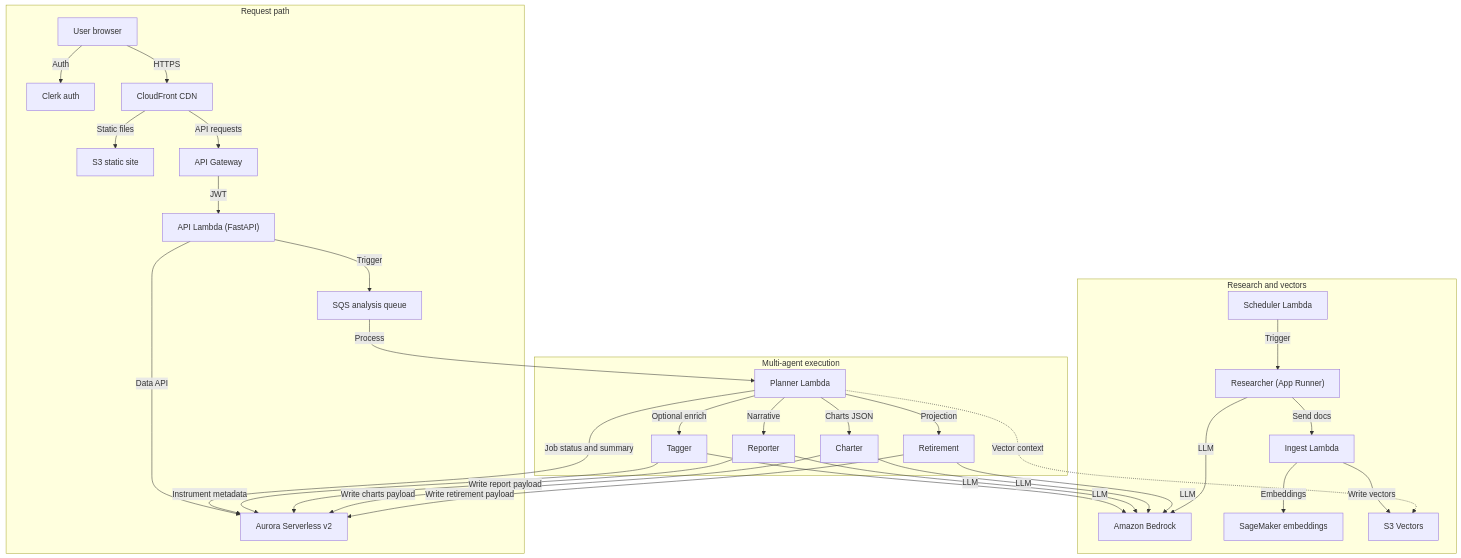
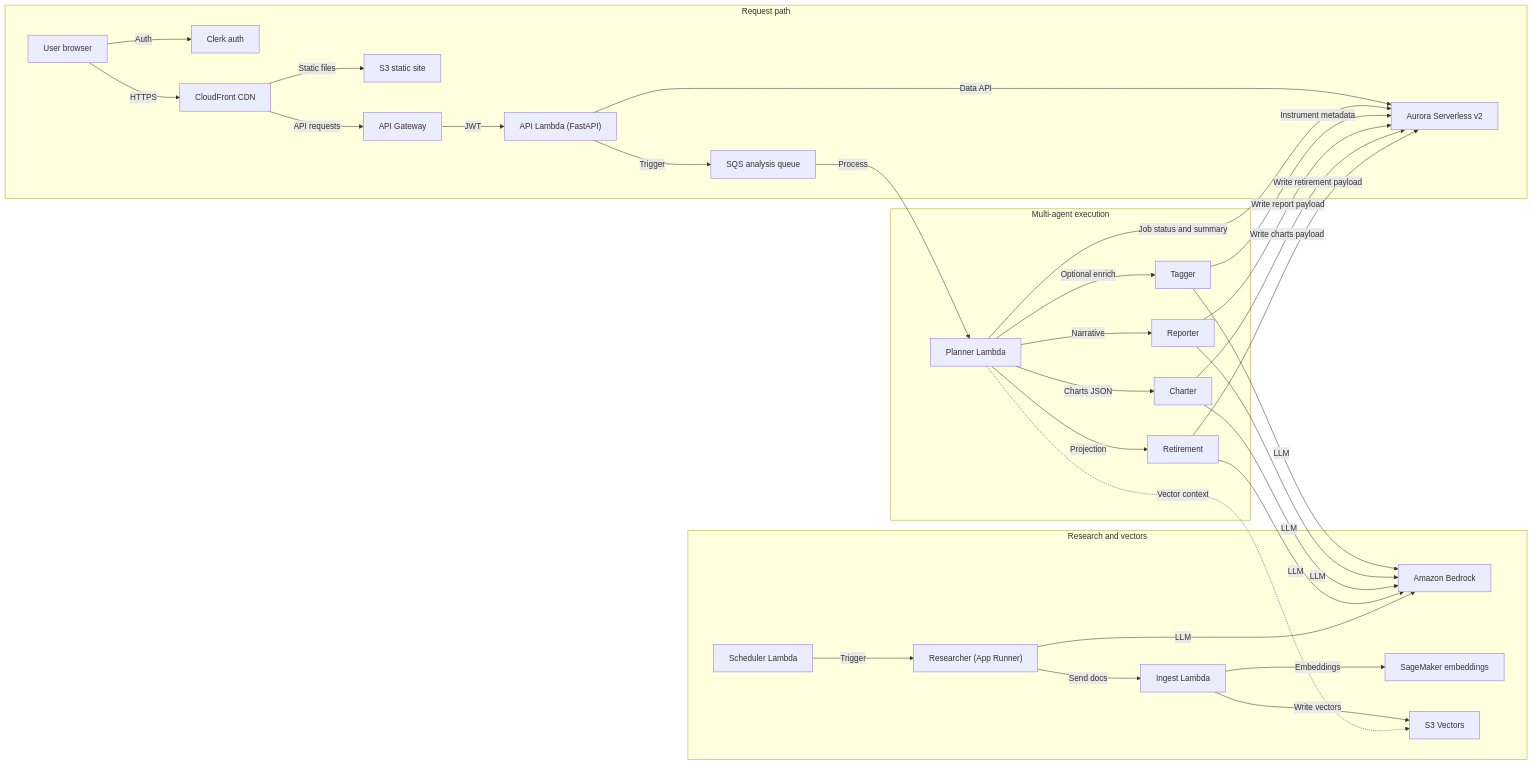
One commit to aditya-caltechie/ai_financial_planner changed the first of 4 diagrams in README.md. Above: the diagram before and after it, drawn with Mermaid.

Commit message:
Add log md

````diff
--- a/README.md
+++ b/README.md
@@ -29,64 +29,65 @@
 ```mermaid
-flowchart TB
+%%{init: {"flowchart": {"nodeSpacing": 60, "rankSpacing": 90}}}%%
+flowchart LR
   subgraph ingest_path["Request path"]
     U["User browser"]
     CLERK["Clerk auth"]
     CF["CloudFront CDN"]
     S3["S3 static site"]
     GW["API Gateway"]
     API["API Lambda (FastAPI)"]
     Q["SQS analysis queue"]
 
     U -->|HTTPS| CF
     U -->|Auth| CLERK
     CF -->|Static files| S3
     CF -->|API requests| GW
     GW -->|JWT| API
     API -->|Data API| AU
     API -->|Trigger| Q
   end
 
   subgraph agents["Multi-agent execution"]
     PL["Planner Lambda"]
     TG["Tagger"]
     RP["Reporter"]
     CH["Charter"]
     RT["Retirement"]
 
     Q -->|Process| PL
     PL -->|Optional enrich| TG
     PL -->|Narrative| RP
     PL -->|Charts JSON| CH
     PL -->|Projection| RT
   end
 
   BR["Amazon Bedrock"]
   AU["Aurora Serverless v2"]
 
   TG -->|LLM| BR
   RP -->|LLM| BR
   CH -->|LLM| BR
   RT -->|LLM| BR
 
   PL -->|Job status and summary| AU
   TG -->|Instrument metadata| AU
   RP -->|Write report payload| AU
   CH -->|Write charts payload| AU
   RT -->|Write retirement payload| AU
 
   subgraph research["Research and vectors"]
     SCH["Scheduler Lambda"]
     AR["Researcher (App Runner)"]
     ING["Ingest Lambda"]
     SM["SageMaker embeddings"]
     VS["S3 Vectors"]
 
     SCH -->|Trigger| AR
     AR -->|LLM| BR
     AR -->|Send docs| ING
     ING -->|Embeddings| SM
     ING -->|Write vectors| VS
   end
 
   PL -.->|Vector context| VS
 ```
````
